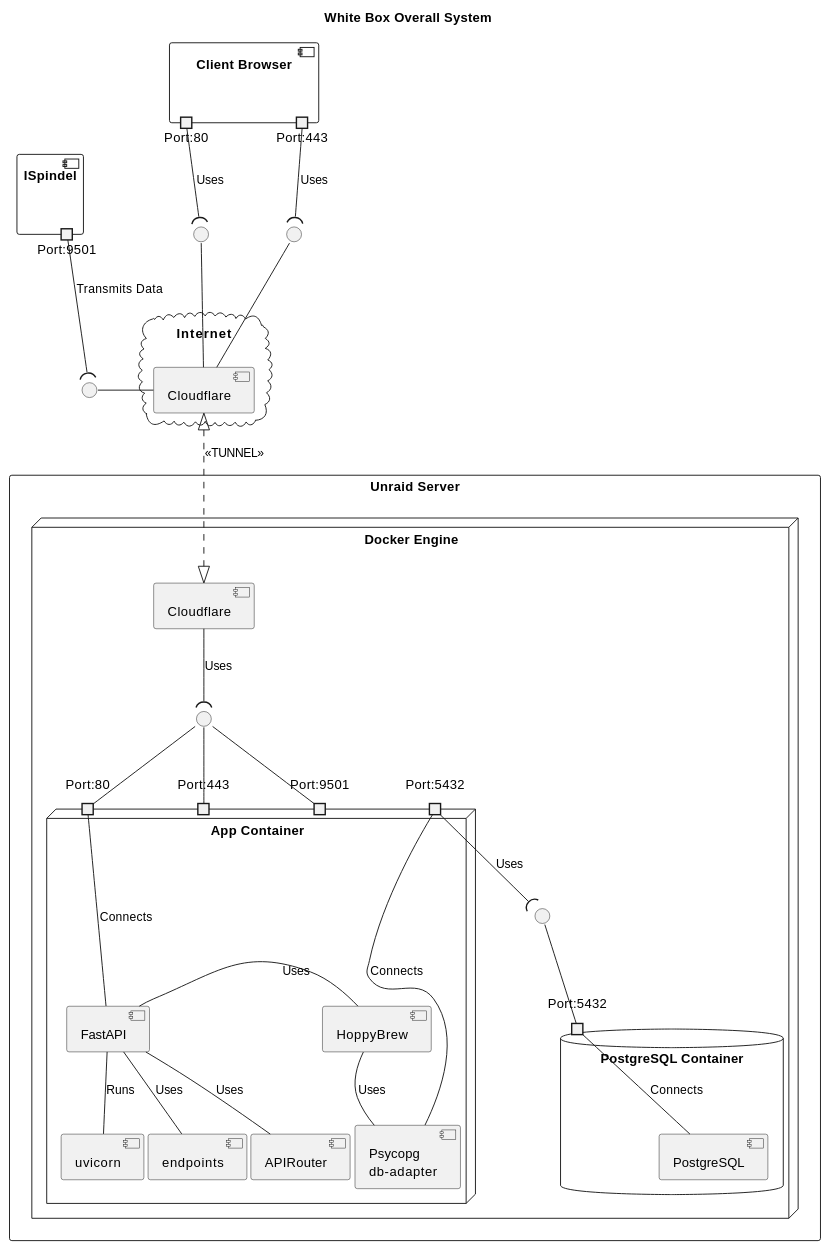
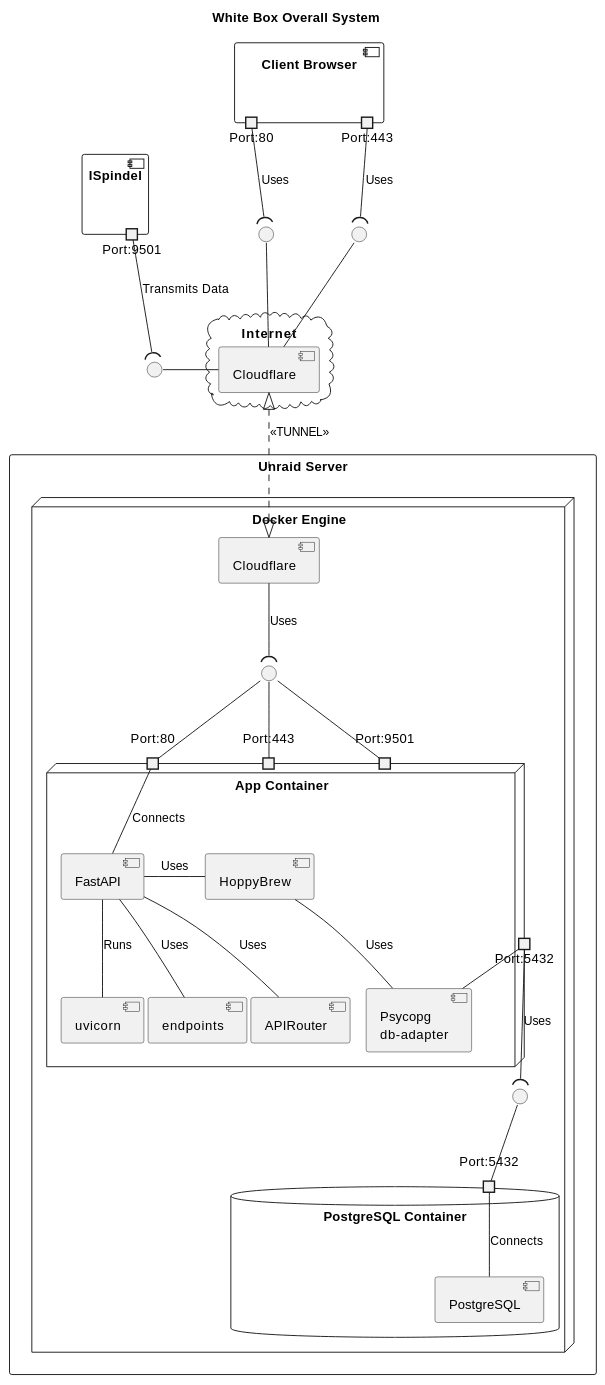
One commit to asbor/iu-project-software-engineering changed the fourth of 5 diagrams in documents/01-Conception-Phase/00-HoppyBrew.md. Above: the diagram before and after it, drawn with PlantUML. The commit also changed 3 other files, not shown here.

```diff
--- a/documents/01-Conception-Phase/00-HoppyBrew.md
+++ b/documents/01-Conception-Phase/00-HoppyBrew.md
@@ -458,7 +458,7 @@
             portin "Port:80" as port80
             portin "Port:443" as port443
             portin "Port:9501" as port9501
-            port "Port:5432" as db_port
+            portout "Port:5432" as db_port
             
 
             api - HoppyBrew : Uses
```
